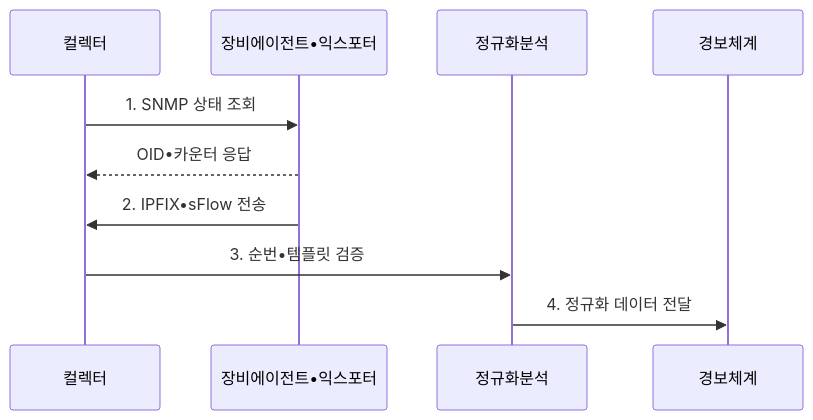
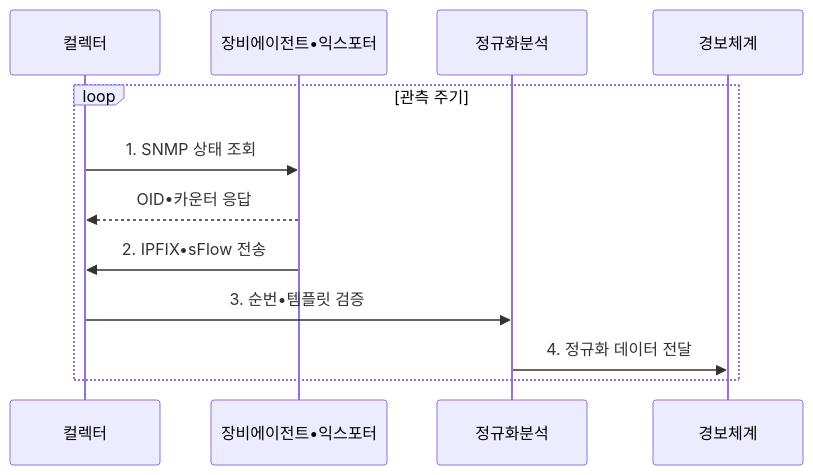
Before and after one commit to agnusdei1207/knowledge-base: the second of 2 diagrams in src/content/docs/notes/04-network/074_network_monitoring_snmp_netflow.md, drawn with Mermaid. The commit also changed other lines of this file and 10 other files, not shown here.

````diff
--- a/src/content/docs/notes/04-network/074_network_monitoring_snmp_netflow.md
+++ b/src/content/docs/notes/04-network/074_network_monitoring_snmp_netflow.md
@@ -98,12 +98,14 @@
 ```mermaid
 sequenceDiagram
     participant 컬렉터
     participant 장비에이전트•익스포터
     participant 정규화분석
     participant 경보체계
-    컬렉터->>장비에이전트•익스포터: 1. SNMP 상태 조회
-    장비에이전트•익스포터-->>컬렉터: OID•카운터 응답
-    장비에이전트•익스포터->>컬렉터: 2. IPFIX•sFlow 전송
-    컬렉터->>정규화분석: 3. 순번•템플릿 검증
-    정규화분석->>경보체계: 4. 정규화 데이터 전달
+    loop 관측 주기
+        컬렉터->>장비에이전트•익스포터: 1. SNMP 상태 조회
+        장비에이전트•익스포터-->>컬렉터: OID•카운터 응답
+        장비에이전트•익스포터->>컬렉터: 2. IPFIX•sFlow 전송
+        컬렉터->>정규화분석: 3. 순번•템플릿 검증
+        정규화분석->>경보체계: 4. 정규화 데이터 전달
+    end
 ```
````
